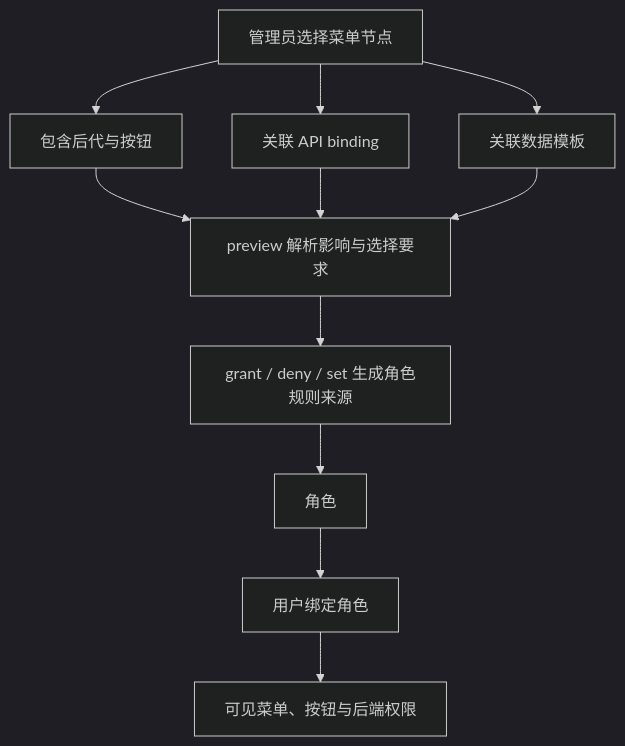
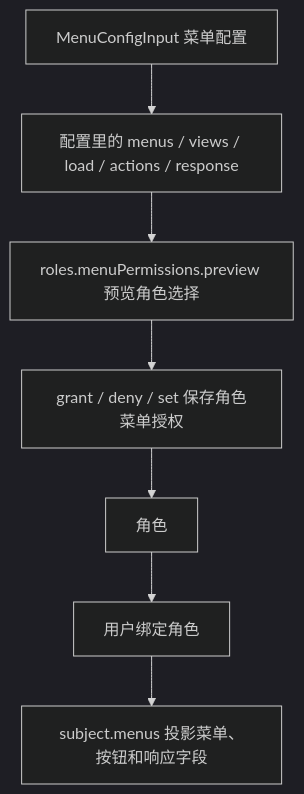
Before and after one commit to vextjs/permission-core: the diagram in website/docs/zh/guide/role-menu-authorization.md, drawn with Mermaid (dark theme). The commit also changed other lines of this file and 126 other files, not shown here.

Commit message:
feat: redesign menu config permissions

````diff
--- a/website/docs/zh/guide/role-menu-authorization.md
+++ b/website/docs/zh/guide/role-menu-authorization.md
@@ -7,15 +9,11 @@
 ```mermaid
 flowchart TD
-  accTitle: 角色菜单授权对象关系
-  accDescr: 管理员选择菜单节点，节点关联按钮、接口绑定与数据模板，预览将选择解析为可追踪的角色规则，用户绑定角色后得到可见菜单和后端权限。
-  A["管理员选择菜单节点"] --> B["包含后代与按钮"]
-  A --> C["关联 API binding"]
-  A --> D["关联数据模板"]
-  B --> E["preview 解析影响与选择要求"]
-  C --> E
-  D --> E
-  E --> F["grant / deny / set 生成角色规则来源"]
-  F --> G["角色"]
-  G --> H["用户绑定角色"]
-  H --> I["可见菜单、按钮与后端权限"]
+  accTitle: 角色菜单授权关系
+  accDescr: 已保存的菜单配置提供可授权的菜单、页面、接口、操作和响应字段，角色菜单授权与用户角色绑定共同决定用户运行时投影。
+  A["MenuConfigInput 菜单配置"] --> B["配置里的 menus / views / load / actions / response"]
+  B --> C["roles.menuPermissions.preview 预览角色选择"]
+  C --> D["grant / deny / set 保存角色菜单授权"]
+  D --> E["角色"]
+  E --> F["用户绑定角色"]
+  F --> G["subject.menus 投影菜单、按钮和响应字段"]
 ```
````
